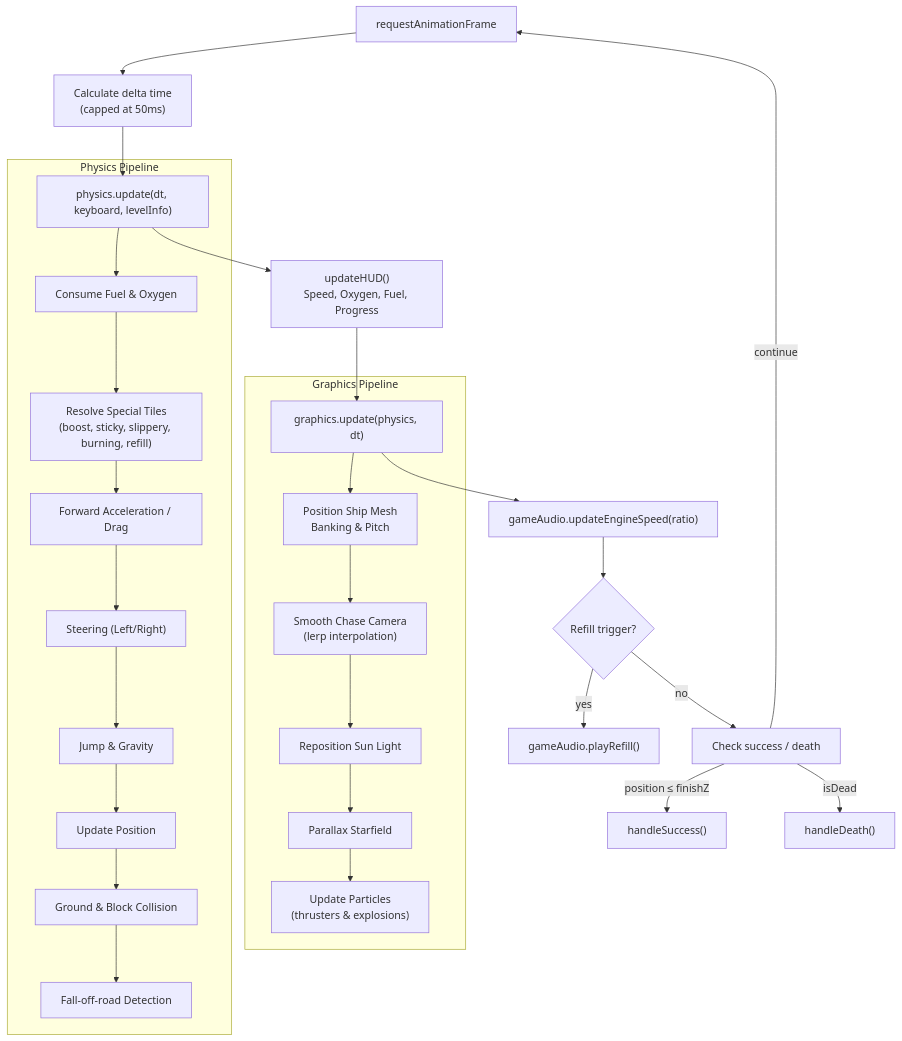
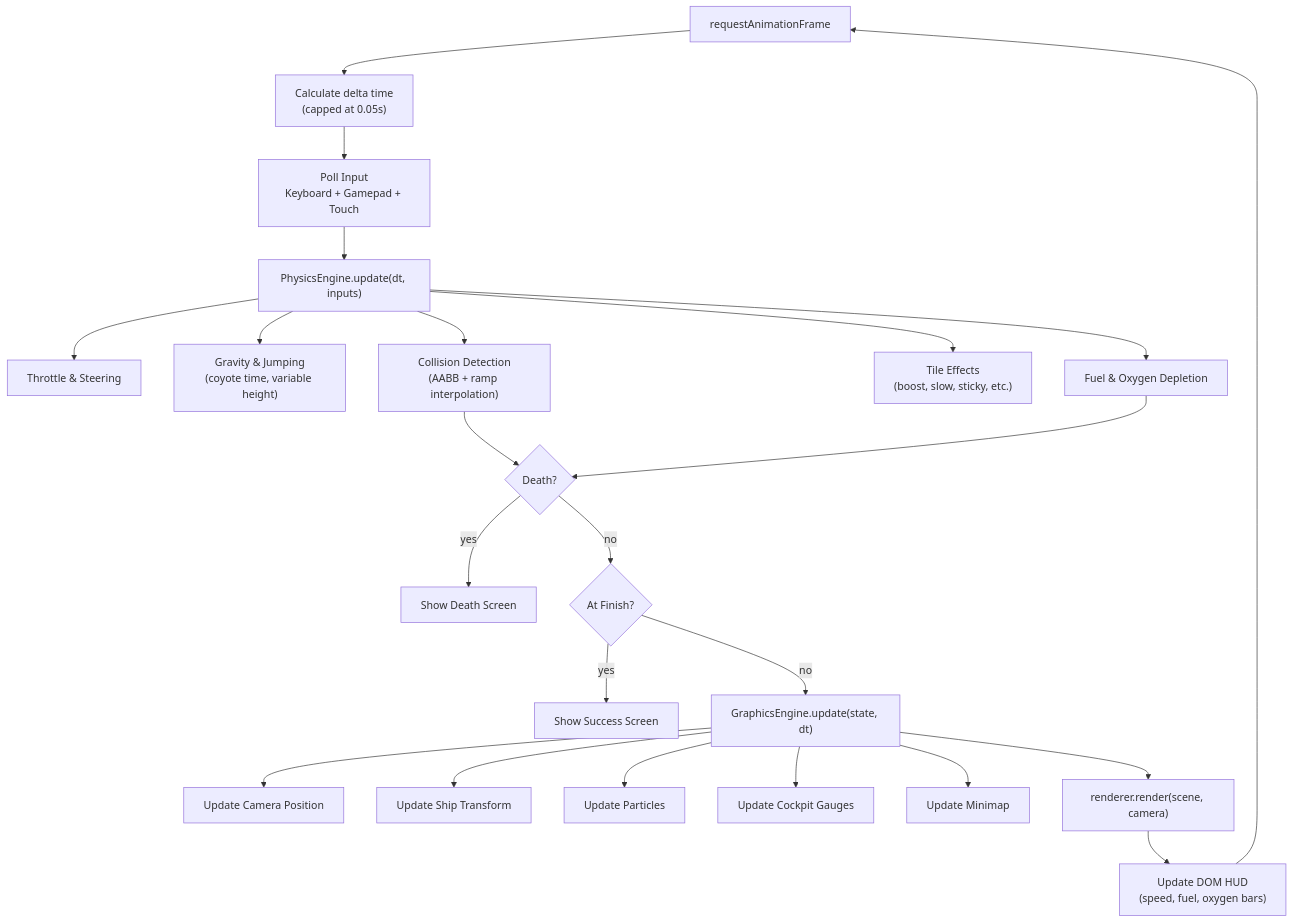
Before and after one commit to DasCReeD/space-paths: the third of 6 diagrams in docs/architecture.md, drawn with Mermaid. The commit also changed other lines of this file and 81 other files, not shown here.

Commit message:
fix: continuous up-ramp frontal collisions and add slalom super boosts in Level 61

````diff
--- a/docs/architecture.md
+++ b/docs/architecture.md
@@ -130,37 +116,28 @@
 ```mermaid
 flowchart TD
-    RAF["requestAnimationFrame"] --> DT["Calculate delta time<br/>(capped at 50ms)"]
-
-    DT --> PHYS["physics.update(dt, keyboard, levelInfo)"]
-
-    subgraph "Physics Pipeline"
-        PHYS --> FUEL["Consume Fuel & Oxygen"]
-        FUEL --> SPECIAL["Resolve Special Tiles<br/>(boost, sticky, slippery, burning, refill)"]
-        SPECIAL --> ACCEL["Forward Acceleration / Drag"]
-        ACCEL --> STEER["Steering (Left/Right)"]
-        STEER --> JUMP["Jump & Gravity"]
-        JUMP --> POS["Update Position"]
-        POS --> COLL["Ground & Block Collision"]
-        COLL --> FALL["Fall-off-road Detection"]
-    end
-
-    PHYS --> HUD["updateHUD()<br/>Speed, Oxygen, Fuel, Progress"]
-    HUD --> GFX["graphics.update(physics, dt)"]
-
-    subgraph "Graphics Pipeline"
-        GFX --> SHIP["Position Ship Mesh<br/>Banking & Pitch"]
-        SHIP --> CAM["Smooth Chase Camera<br/>(lerp interpolation)"]
-        CAM --> LIGHT["Reposition Sun Light"]
-        LIGHT --> STAR["Parallax Starfield"]
-        STAR --> PART["Update Particles<br/>(thrusters & explosions)"]
-    end
-
-    GFX --> AUDIO["gameAudio.updateEngineSpeed(ratio)"]
-    AUDIO --> REFILL{"Refill trigger?"}
-    REFILL -->|yes| RSND["gameAudio.playRefill()"]
-    REFILL -->|no| CHECK["Check success / death"]
-
-    CHECK -->|"position ≤ finishZ"| SUCCESS["handleSuccess()"]
-    CHECK -->|"isDead"| DEATH["handleDeath()"]
-    CHECK -->|"continue"| RAF
+    RAF["requestAnimationFrame"] --> DT["Calculate delta time<br/>(capped at 0.05s)"]
+    DT --> INPUT["Poll Input<br/>Keyboard + Gamepad + Touch"]
+    INPUT --> PHY["PhysicsEngine.update(dt, inputs)"]
+    
+    PHY --> THROTTLE["Throttle & Steering"]
+    PHY --> GRAVITY["Gravity & Jumping<br/>(coyote time, variable height)"]
+    PHY --> COLLISION["Collision Detection<br/>(AABB + ramp interpolation)"]
+    PHY --> EFFECTS["Tile Effects<br/>(boost, slow, sticky, etc.)"]
+    PHY --> RESOURCES["Fuel & Oxygen Depletion"]
+    
+    COLLISION --> DEATH{"Death?"}
+    RESOURCES --> DEATH
+    DEATH -->|yes| DEATHSCREEN["Show Death Screen"]
+    DEATH -->|no| PROGRESS{"At Finish?"}
+    PROGRESS -->|yes| SUCCESSSCREEN["Show Success Screen"]
+    PROGRESS -->|no| RENDER["GraphicsEngine.update(state, dt)"]
+    
+    RENDER --> CAMERA["Update Camera Position"]
+    RENDER --> SHIP["Update Ship Transform"]
+    RENDER --> PARTICLES["Update Particles"]
+    RENDER --> COCKPIT["Update Cockpit Gauges"]
+    RENDER --> MINIMAP["Update Minimap"]
+    RENDER --> DRAW["renderer.render(scene, camera)"]
+    DRAW --> HUD["Update DOM HUD<br/>(speed, fuel, oxygen bars)"]
+    HUD --> RAF
 ```
````
